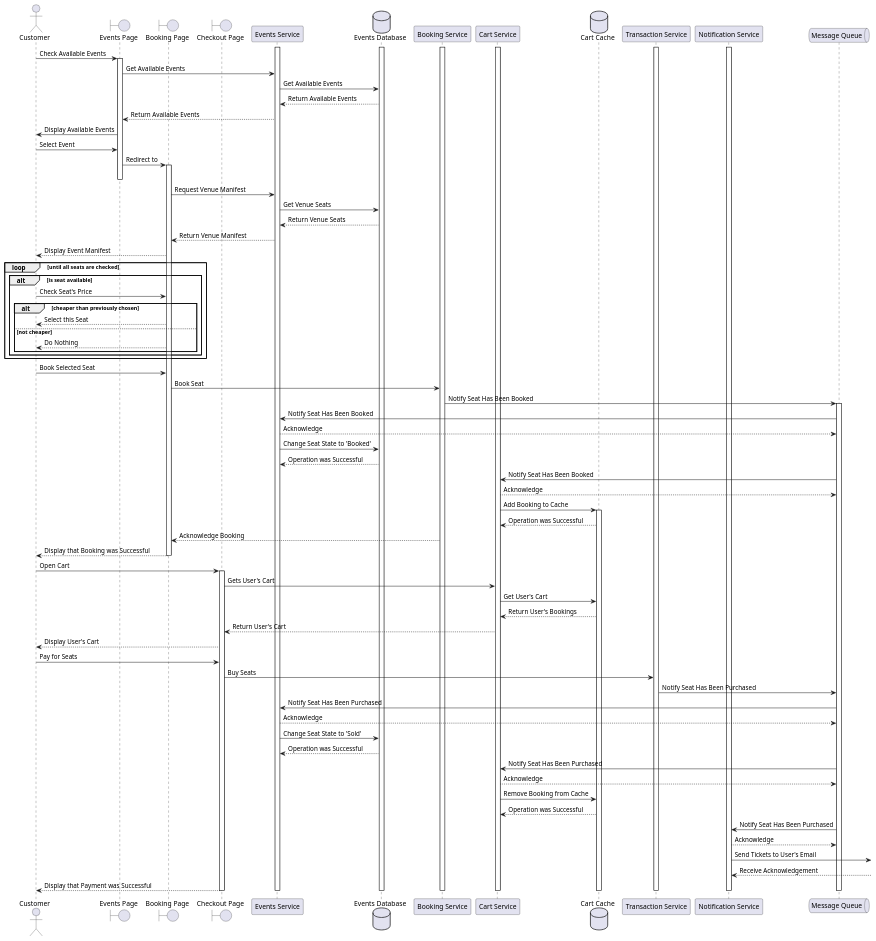
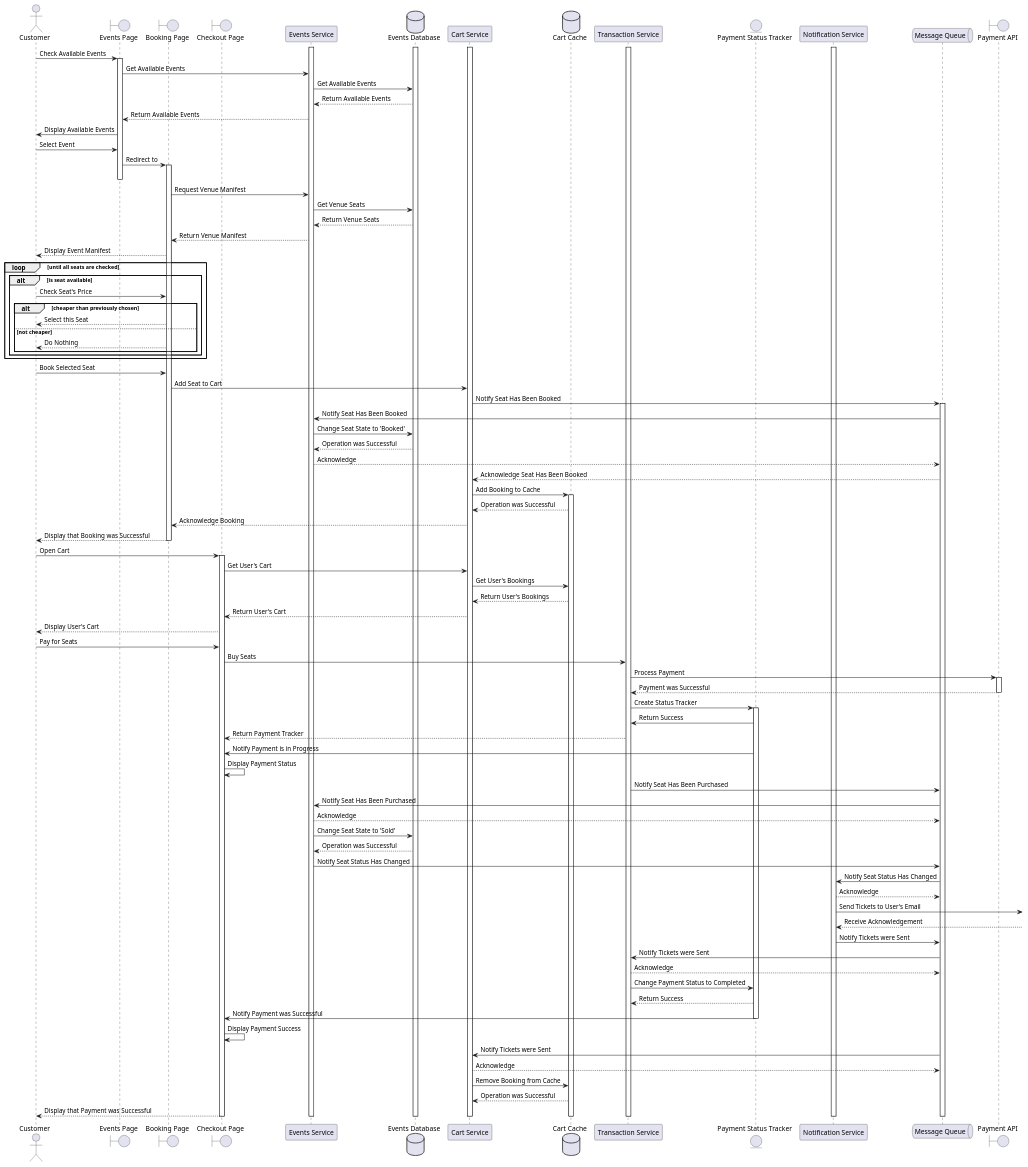
Before and after one commit to vadzim-kurdzesau/ticketing-domain: the diagram in diagrams/lowest-price-seat-booking-sequence-diagram.puml, drawn with PlantUML. The commit also changed 1 other file, not shown here.

Commit message:
feat: update sequence diagram according comments

```diff
--- a/diagrams/lowest-price-seat-booking-sequence-diagram.puml
+++ b/diagrams/lowest-price-seat-booking-sequence-diagram.puml
@@ -1,108 +1,120 @@
 @startuml lowest-price-seat-booking-sequence-diagram
 
 actor Customer as user
 boundary "Events Page" as eventsPage
 boundary "Booking Page" as bookingPage
 boundary "Checkout Page" as checkoutPage
 participant "Events Service" as eventService
 database "Events Database" as eventsDb
 
-participant "Booking Service" as bookingService
 participant "Cart Service" as cartService
 database "Cart Cache" as cartCache
 participant "Transaction Service" as transactionService
+entity "Payment Status Tracker" as paymentTracking
 participant "Notification Service" as notifications
 queue "Message Queue" as queueService
+boundary "Payment API" as paymentApi
 
 activate eventsDb
 activate eventService
-activate bookingService
 activate cartService
 activate transactionService
 activate notifications
 
 user -> eventsPage ++ : Check Available Events
 eventsPage -> eventService : Get Available Events
 eventService -> eventsDb : Get Available Events
 eventsDb --> eventService : Return Available Events
 eventService --> eventsPage : Return Available Events
 eventsPage -> user : Display Available Events
 
 
 user -> eventsPage : Select Event
 eventsPage -> bookingPage ++ : Redirect to
 deactivate eventsPage
 bookingPage -> eventService : Request Venue Manifest
 eventService -> eventsDb : Get Venue Seats
 eventsDb --> eventService : Return Venue Seats
 eventService --> bookingPage : Return Venue Manifest
 bookingPage --> user: Display Event Manifest
 
 loop until all seats are checked
     alt is seat available
         user -> bookingPage : Check Seat's Price
 
         alt cheaper than previously chosen
             bookingPage --> user : Select this Seat
         else not cheaper
             bookingPage --> user: Do Nothing
         end 
     end
 end
 
 
 user -> bookingPage : Book Selected Seat
-bookingPage -> bookingService : Book Seat
-bookingService -> queueService ++ : Notify Seat Has Been Booked
+bookingPage -> cartService : Add Seat to Cart
+cartService -> queueService ++ : Notify Seat Has Been Booked
 queueService -> eventService : Notify Seat Has Been Booked
-eventService --> queueService : Acknowledge
 eventService -> eventsDb : Change Seat State to 'Booked'
 eventsDb --> eventService : Operation was Successful
-
-queueService -> cartService : Notify Seat Has Been Booked
-cartService --> queueService : Acknowledge
+eventService --> queueService : Acknowledge
+queueService --> cartService : Acknowledge Seat Has Been Booked
 cartService -> cartCache ++: Add Booking to Cache
 cartCache --> cartService : Operation was Successful
-bookingService --> bookingPage : Acknowledge Booking
-
+cartService --> bookingPage : Acknowledge Booking
 bookingPage --> user -- : Display that Booking was Successful
 
 
 user -> checkoutPage ++: Open Cart
-checkoutPage -> cartService : Gets User's Cart
-cartService -> cartCache : Get User's Cart
+checkoutPage -> cartService : Get User's Cart
+cartService -> cartCache : Get User's Bookings
 cartCache --> cartService : Return User's Bookings
 cartService --> checkoutPage : Return User's Cart
 checkoutPage --> user : Display User's Cart
 
 user -> checkoutPage: Pay for Seats
 checkoutPage -> transactionService : Buy Seats
+transactionService -> paymentApi ++ : Process Payment
+paymentApi --> transactionService -- : Payment was Successful
+transactionService -> paymentTracking ++ : Create Status Tracker
+paymentTracking -> transactionService : Return Success
+transactionService --> checkoutPage : Return Payment Tracker
+paymentTracking -> checkoutPage : Notify Payment is in Progress
+checkoutPage -> checkoutPage : Display Payment Status
 transactionService -> queueService : Notify Seat Has Been Purchased
 
 queueService -> eventService : Notify Seat Has Been Purchased
 eventService --> queueService : Acknowledge
 eventService -> eventsDb : Change Seat State to 'Sold'
 eventsDb --> eventService : Operation was Successful
+eventService -> queueService : Notify Seat Status Has Changed
 
-queueService -> cartService : Notify Seat Has Been Purchased
+queueService -> notifications : Notify Seat Status Has Changed
+notifications --> queueService : Acknowledge
+notifications -> : Send Tickets to User's Email
+notifications <-- : Receive Acknowledgement
+notifications -> queueService : Notify Tickets were Sent
+
+queueService -> transactionService : Notify Tickets were Sent
+transactionService --> queueService : Acknowledge
+transactionService -> paymentTracking : Change Payment Status to Completed
+paymentTracking --> transactionService : Return Success
+paymentTracking -> checkoutPage -- : Notify Payment was Successful
+checkoutPage -> checkoutPage : Display Payment Success
+
+queueService -> cartService : Notify Tickets were Sent
 cartService --> queueService : Acknowledge
 cartService -> cartCache : Remove Booking from Cache
 cartCache --> cartService : Operation was Successful
-
-queueService -> notifications : Notify Seat Has Been Purchased
-notifications --> queueService : Acknowledge
-notifications -> : Send Tickets to User's Email
-notifications <-- : Receive Acknowledgement
 
 checkoutPage --> user --: Display that Payment was Successful
 
 deactivate eventsDb
 deactivate eventService
-deactivate bookingService
 deactivate cartService
 deactivate transactionService
 deactivate notifications
 deactivate queueService
 deactivate cartCache
 
 @enduml
```
